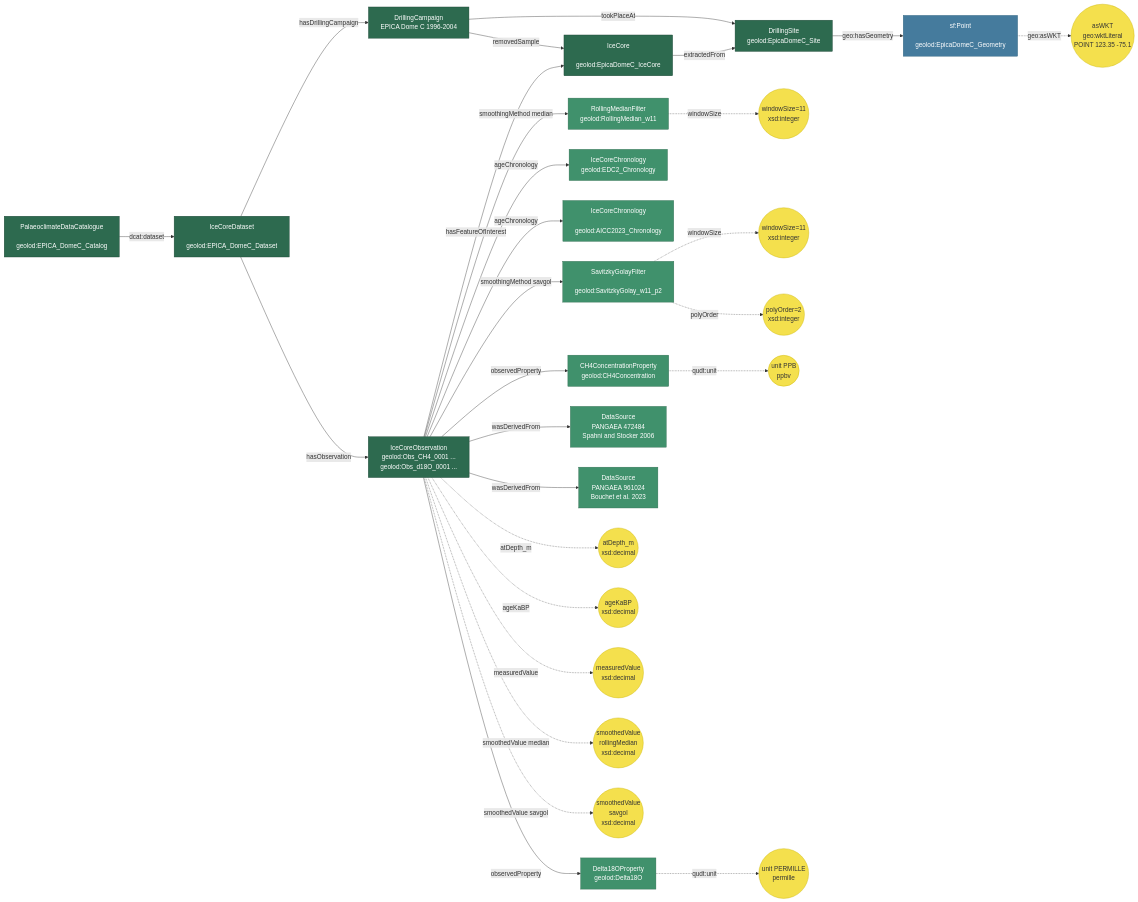
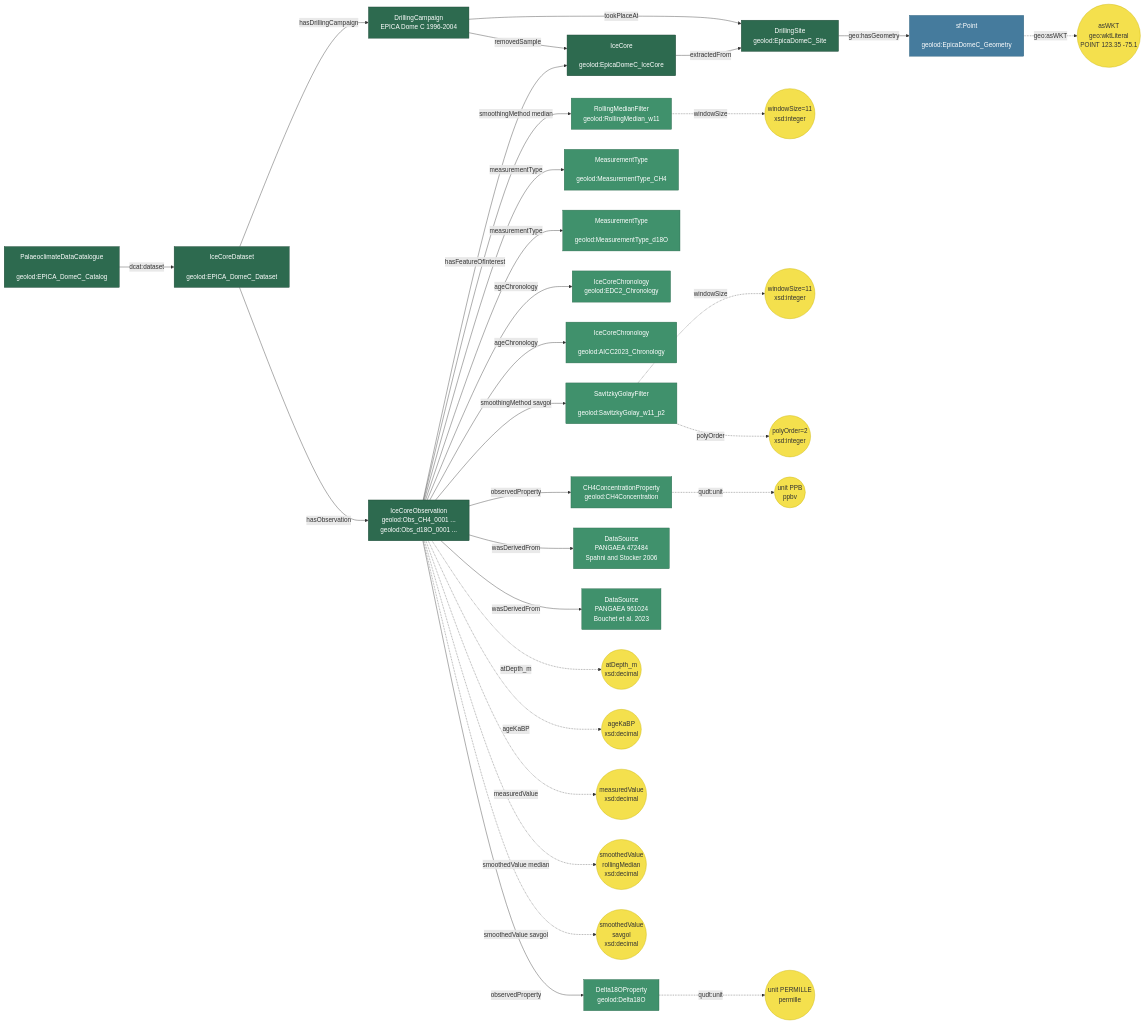
Before and after one commit to Research-Squirrel-Engineers/EPICA-visualisation: the diagram in rdf/epica_diagram2_instance.mermaid, drawn with Mermaid. The commit also changed 19 other files, not shown here.

```diff
--- a/rdf/epica_diagram2_instance.mermaid
+++ b/rdf/epica_diagram2_instance.mermaid
@@ -1,151 +1,123 @@
 flowchart LR
-
-    %% =========================================================
-    %% DIAGRAM 2: Instance Model
-    %% Square nodes  = Resources (classes)
-    %% Round nodes   = Literals / data values
-    %% Solid arrows  = Object Properties
-    %% Dashed arrows = Datatype Properties
-    %% Smoothing parameters reflect current script configuration:
-    %%   ROLLING_WINDOW = 11, SG_WINDOW = 11, SG_POLYORDER = 2
-    %% Generated by: plot_epica_from_tab.py
-    %% =========================================================
 
     CATALOG["PalaeoclimateDataCatalogue
     geolod:EPICA_DomeC_Catalog"]
-
     DATASET["IceCoreDataset
     geolod:EPICA_DomeC_Dataset"]
-
     OBS["IceCoreObservation
     geolod:Obs_CH4_0001 ...
     geolod:Obs_d18O_0001 ..."]
-
     CORE["IceCore
     geolod:EpicaDomeC_IceCore"]
-
     SITE["DrillingSite
     geolod:EpicaDomeC_Site"]
-
     CAMPAIGN["DrillingCampaign
     EPICA Dome C 1996-2004"]
-
     PROP_CH4["CH4ConcentrationProperty
     geolod:CH4Concentration"]
-
     PROP_D18O["Delta18OProperty
     geolod:Delta18O"]
-
+    MTYPE_CH4["MeasurementType
+    geolod:MeasurementType_CH4"]
+    MTYPE_D18O["MeasurementType
+    geolod:MeasurementType_d18O"]
     CHRON_EDC2["IceCoreChronology
     geolod:EDC2_Chronology"]
-
     CHRON_AICC["IceCoreChronology
     geolod:AICC2023_Chronology"]
-
     MEDIAN["RollingMedianFilter
     geolod:RollingMedian_w11"]
-
     SG["SavitzkyGolayFilter
     geolod:SavitzkyGolay_w11_p2"]
-
     SOURCE_CH4["DataSource
     PANGAEA 472484
     Spahni and Stocker 2006"]
-
     SOURCE_D18O["DataSource
     PANGAEA 961024
     Bouchet et al. 2023"]
-
     GEOM["sf:Point
     geolod:EpicaDomeC_Geometry"]
-
     LDEPTH((atDepth_m
     xsd:decimal))
-
     LAGE((ageKaBP
     xsd:decimal))
-
     LVAL((measuredValue
     xsd:decimal))
-
     LMEDIAN((smoothedValue
     rollingMedian
     xsd:decimal))
-
     LSG((smoothedValue
     savgol
     xsd:decimal))
-
     LWINMED((windowSize=11
     xsd:integer))
-
     LWINSG((windowSize=11
     xsd:integer))
-
     LPOLY((polyOrder=2
     xsd:integer))
-
     LWKT((asWKT
     geo:wktLiteral
     POINT 123.35 -75.1))
-
     LPPB((unit PPB
     ppbv))
-
     LPRM((unit PERMILLE
     permille))
 
     CATALOG -->|dcat:dataset| DATASET
     DATASET -->|hasObservation| OBS
     DATASET -->|hasDrillingCampaign| CAMPAIGN
     OBS -->|hasFeatureOfInterest| CORE
     OBS -->|observedProperty| PROP_CH4
     OBS -->|observedProperty| PROP_D18O
+    OBS -->|measurementType| MTYPE_CH4
+    OBS -->|measurementType| MTYPE_D18O
     OBS -->|ageChronology| CHRON_EDC2
     OBS -->|ageChronology| CHRON_AICC
     OBS -->|smoothingMethod median| MEDIAN
     OBS -->|smoothingMethod savgol| SG
     OBS -->|wasDerivedFrom| SOURCE_CH4
     OBS -->|wasDerivedFrom| SOURCE_D18O
     OBS -.->|atDepth_m| LDEPTH
     OBS -.->|ageKaBP| LAGE
     OBS -.->|measuredValue| LVAL
     OBS -.->|smoothedValue median| LMEDIAN
     OBS -.->|smoothedValue savgol| LSG
     PROP_CH4  -.->|qudt:unit| LPPB
     PROP_D18O -.->|qudt:unit| LPRM
     MEDIAN -.->|windowSize| LWINMED
     SG     -.->|windowSize| LWINSG
     SG     -.->|polyOrder| LPOLY
     CORE     -->|extractedFrom| SITE
     CAMPAIGN -->|tookPlaceAt| SITE
     CAMPAIGN -->|removedSample| CORE
     SITE     -->|geo:hasGeometry| GEOM
     GEOM     -.->|geo:asWKT| LWKT
 
     style CATALOG     fill:#2d6a4f,color:#fff,stroke:#1b4332
     style DATASET     fill:#2d6a4f,color:#fff,stroke:#1b4332
     style OBS         fill:#2d6a4f,color:#fff,stroke:#1b4332
     style CORE        fill:#2d6a4f,color:#fff,stroke:#1b4332
     style SITE        fill:#2d6a4f,color:#fff,stroke:#1b4332
     style CAMPAIGN    fill:#2d6a4f,color:#fff,stroke:#1b4332
     style PROP_CH4    fill:#40916c,color:#fff,stroke:#2d6a4f
     style PROP_D18O   fill:#40916c,color:#fff,stroke:#2d6a4f
+    style MTYPE_CH4   fill:#40916c,color:#fff,stroke:#2d6a4f
+    style MTYPE_D18O  fill:#40916c,color:#fff,stroke:#2d6a4f
     style CHRON_EDC2  fill:#40916c,color:#fff,stroke:#2d6a4f
     style CHRON_AICC  fill:#40916c,color:#fff,stroke:#2d6a4f
     style MEDIAN      fill:#40916c,color:#fff,stroke:#2d6a4f
     style SG          fill:#40916c,color:#fff,stroke:#2d6a4f
     style SOURCE_CH4  fill:#40916c,color:#fff,stroke:#2d6a4f
     style SOURCE_D18O fill:#40916c,color:#fff,stroke:#2d6a4f
     style GEOM        fill:#457b9d,color:#fff,stroke:#2c5f7a
     style LDEPTH  fill:#f4e04d,color:#333,stroke:#c9b400
     style LAGE    fill:#f4e04d,color:#333,stroke:#c9b400
     style LVAL    fill:#f4e04d,color:#333,stroke:#c9b400
     style LMEDIAN fill:#f4e04d,color:#333,stroke:#c9b400
     style LSG     fill:#f4e04d,color:#333,stroke:#c9b400
     style LWINMED fill:#f4e04d,color:#333,stroke:#c9b400
     style LWINSG  fill:#f4e04d,color:#333,stroke:#c9b400
     style LPOLY   fill:#f4e04d,color:#333,stroke:#c9b400
     style LWKT    fill:#f4e04d,color:#333,stroke:#c9b400
     style LPPB    fill:#f4e04d,color:#333,stroke:#c9b400
     style LPRM    fill:#f4e04d,color:#333,stroke:#c9b400
```
